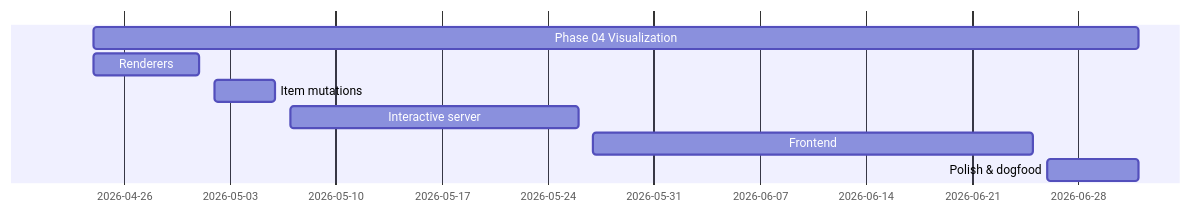
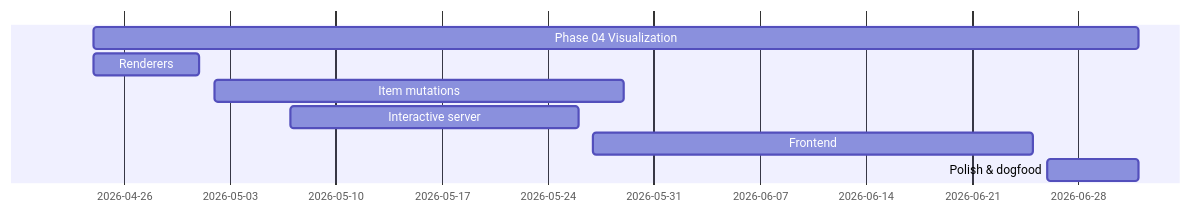
One commit to jasdefer/Workdown changed the diagram in views/roadmap-by-initiative.md. Above: the diagram before and after it, drawn with Mermaid. The commit also changed 51 other files, not shown here.

````diff
--- a/views/roadmap-by-initiative.md
+++ b/views/roadmap-by-initiative.md
@@ -7,10 +7,10 @@
 ```mermaid
 gantt
     dateFormat YYYY-MM-DD
     Phase 04 Visualization :phase-04-visualization, 2026-04-24, 2026-07-02
     Renderers :renderers, 2026-04-24, 2026-05-01
-    Item mutations :item-mutations, 2026-05-02, 2026-05-06
+    Item mutations :item-mutations, 2026-05-02, 2026-05-29
     Interactive server :server, 2026-05-07, 2026-05-26
     Frontend :frontend, 2026-05-27, 2026-06-25
     Polish & dogfood :polish, 2026-06-26, 2026-07-02
 ```
````
